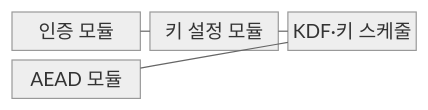
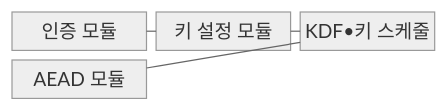
Before and after one commit to agnusdei1207/knowledge-base: the first of 2 diagrams in src/content/docs/notes/05-security/003_hybrid_cryptography.md, drawn with Mermaid (neutral theme). The commit also changed other lines of this file and 953 other files, not shown here.

````diff
--- a/src/content/docs/notes/05-security/003_hybrid_cryptography.md
+++ b/src/content/docs/notes/05-security/003_hybrid_cryptography.md
@@ -67,11 +67,11 @@
 ```mermaid
 block-beta
     columns 3
     A["인증 모듈"]
     B["키 설정 모듈"]
-    C["KDF·키 스케줄"]
+    C["KDF•키 스케줄"]
     D["AEAD 모듈"]
     A --- B
     B --- C
     C --- D
 ```
````
